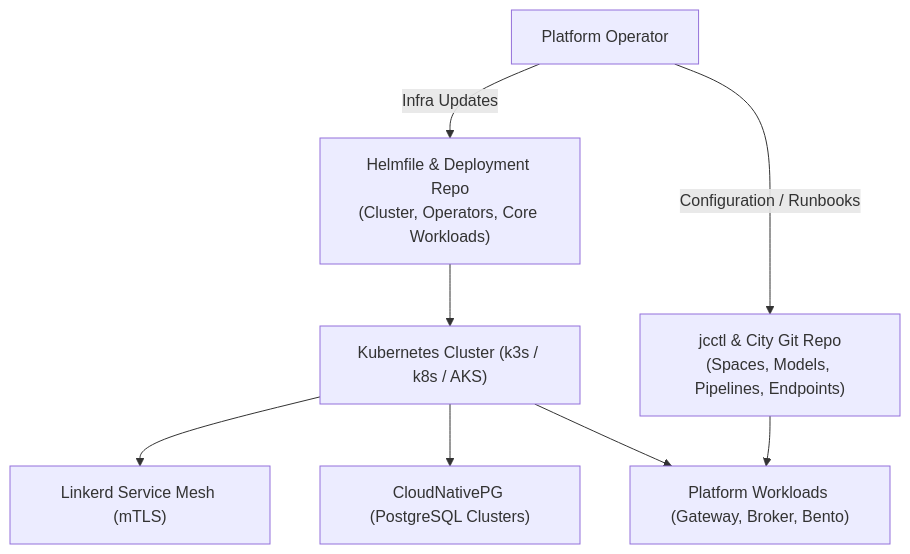
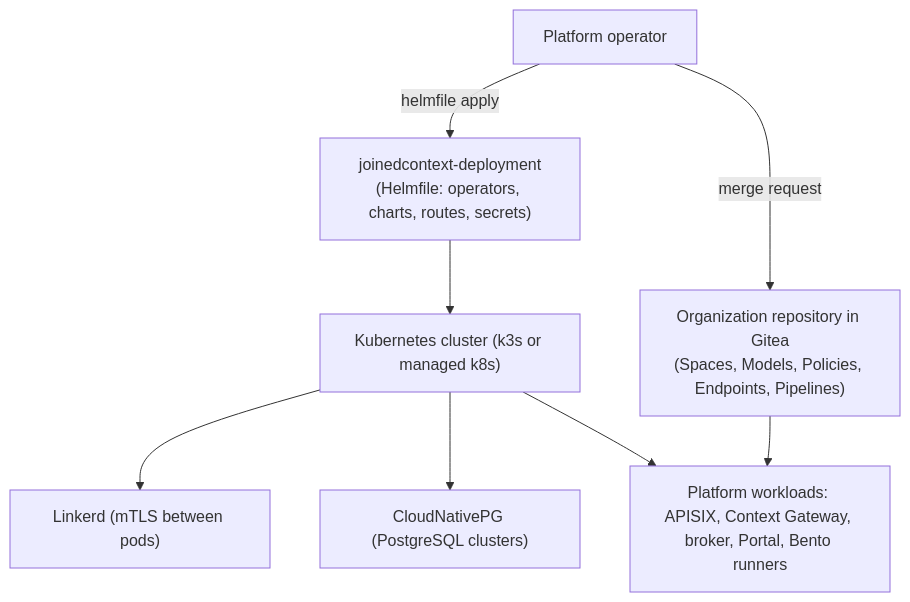
Before and after one commit to marek-mraz-jc/joinedcontext-docs: the diagram in Operations/00-intro.md, drawn with Mermaid. The commit also changed other lines of this file and 3 other files, not shown here.

Commit message:
T-2197 T-2198 T-2199 T-2200: docs: the four Operations pages say what the charts and the code actually do (T-2197..T-2200; OPS-02, OPS-04, OPS-42, PL-11, PL-12, GW26, CC-63)

````diff
--- a/Operations/00-intro.md
+++ b/Operations/00-intro.md
@@ -17,19 +17,19 @@
 ```mermaid
 flowchart TD
-    OPS["Platform Operator"]
-    HELM["Helmfile & Deployment Repo<br/>(Cluster, Operators, Core Workloads)"]
-    CITY["jcctl & City Git Repo<br/>(Spaces, Models, Pipelines, Endpoints)"]
-    
-    K8S["Kubernetes Cluster (k3s / k8s / AKS)"]
-    MESH["Linkerd Service Mesh (mTLS)"]
-    DB["CloudNativePG (PostgreSQL Clusters)"]
-    APP["Platform Workloads (Gateway, Broker, Bento)"]
-    
-    OPS -->|Infra Updates| HELM
-    OPS -->|Configuration / Runbooks| CITY
+    OPS["Platform operator"]
+    HELM["joinedcontext-deployment<br/>(Helmfile: operators, charts, routes, secrets)"]
+    CITY["Organization repository in Gitea<br/>(Spaces, Models, Policies, Endpoints, Pipelines)"]
+
+    K8S["Kubernetes cluster (k3s or managed k8s)"]
+    MESH["Linkerd (mTLS between pods)"]
+    DB["CloudNativePG (PostgreSQL clusters)"]
+    APP["Platform workloads: APISIX, Context Gateway, broker, Portal, Bento runners"]
+
+    OPS -->|helmfile apply| HELM
+    OPS -->|merge request| CITY
     HELM --> K8S
     K8S --> MESH
     K8S --> DB
     K8S --> APP
     CITY --> APP
 ```
````
